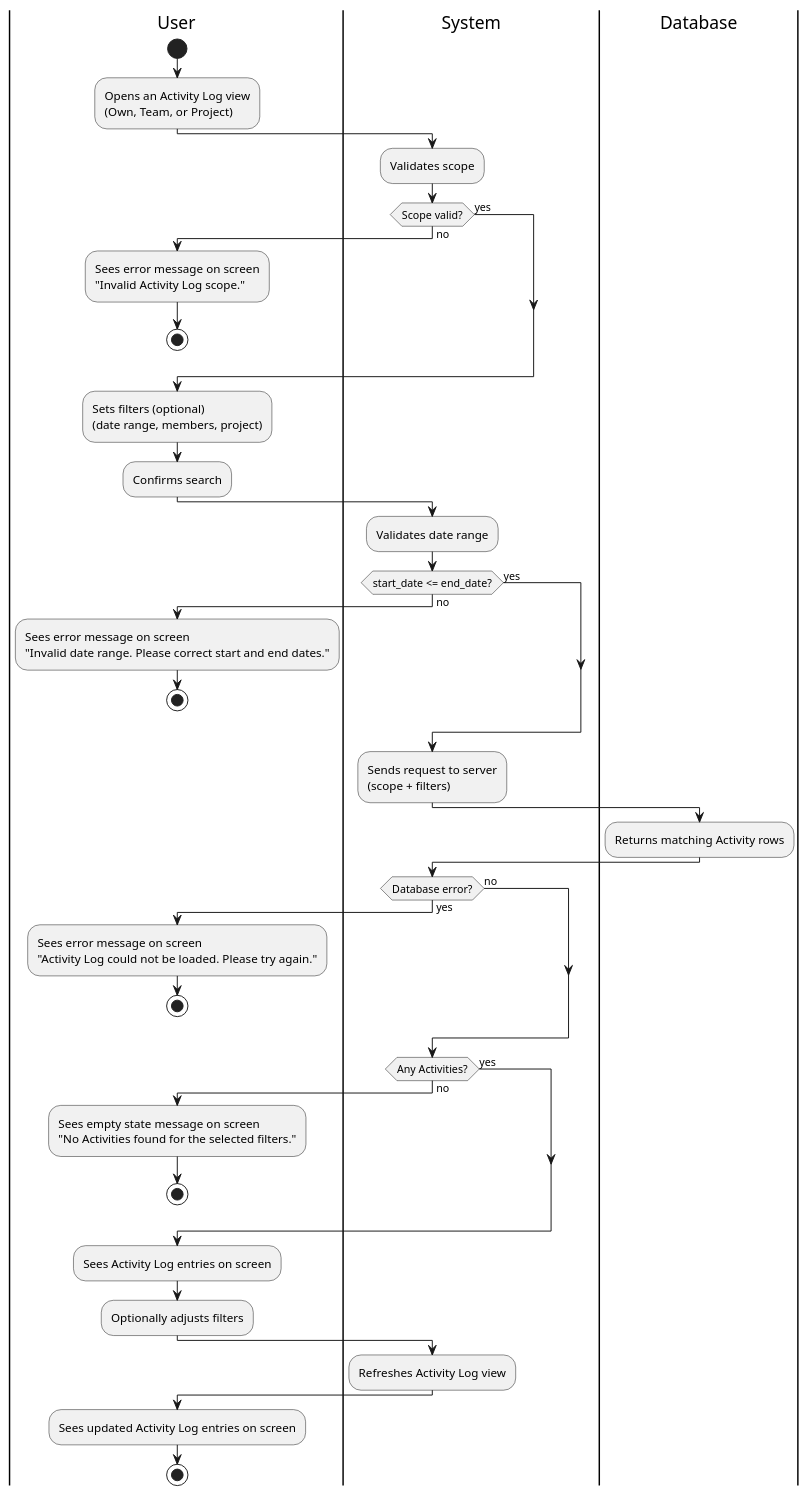
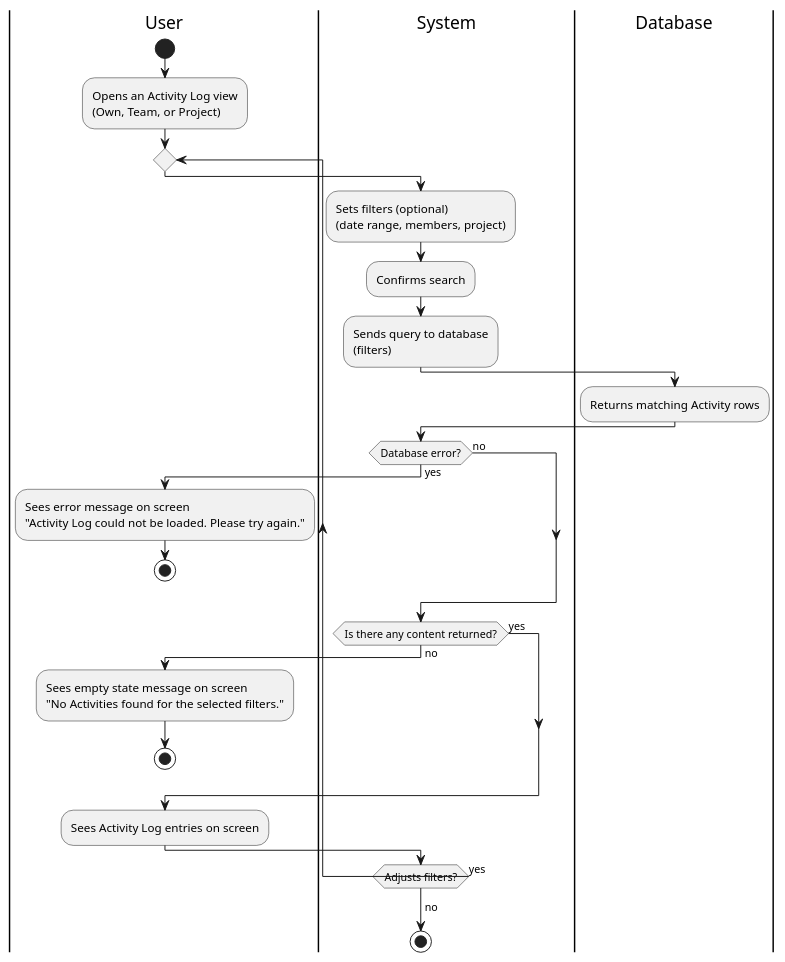
One commit to Berthou05/LimboSoftwareDevelopment_Change.org changed the diagram in documentation/activity_diagrams/AL-04-ActivityDiagram.puml. Above: the diagram before and after it, drawn with PlantUML. The commit also changed 8 other files, not shown here.

Commit message:
[CHORE] PlantUML diagrams code fixes and new ones

```diff
--- a/documentation/activity_diagrams/AL-04-ActivityDiagram.puml
+++ b/documentation/activity_diagrams/AL-04-ActivityDiagram.puml
@@ -1,61 +1,40 @@
 @startuml
 |User|
 start
 :Opens an Activity Log view\n(Own, Team, or Project);
 
-|System|
-:Validates scope;
-if (Scope valid?) is (no) then
+repeat
+  |System|
+  :Sets filters (optional)\n(date range, members, project);
+  :Confirms search;
+
+  |System|
+  :Sends query to database\n(filters);
+
+  |Database|
+  :Returns matching Activity rows;
+
+  |System|
+  if (Database error?) is (yes) then
+    |User|
+    :Sees error message on screen\n"Activity Log could not be loaded. Please try again.";
+    stop
+  else(no)
+  endif
+
+  |System|
+  if (Is there any content returned?) is (no) then
+    |User|
+    :Sees empty state message on screen\n"No Activities found for the selected filters.";
+    stop
+  else(yes)
+  endif
+
   |User|
-  :Sees error message on screen\n"Invalid Activity Log scope.";
+  :Sees Activity Log entries on screen;
+
+  |System|
+  repeat while (Adjusts filters?) is (yes)
+  ->no;
   stop
-else(yes)
-endif
-
-|User|
-:Sets filters (optional)\n(date range, members, project);
-:Confirms search;
-
-|System|
-:Validates date range;
-if (start_date <= end_date?) is (no) then
-  |User|
-  :Sees error message on screen\n"Invalid date range. Please correct start and end dates.";
-  stop
-else(yes)
-endif
-
-|System|
-:Sends request to server\n(scope + filters);
-
-|Database|
-:Returns matching Activity rows;
-
-|System|
-if (Database error?) is (yes) then
-  |User|
-  :Sees error message on screen\n"Activity Log could not be loaded. Please try again.";
-  stop
-else(no)
-endif
-
-|System|
-if (Any Activities?) is (no) then
-  |User|
-  :Sees empty state message on screen\n"No Activities found for the selected filters.";
-  stop
-else(yes)
-endif
-
-|User|
-:Sees Activity Log entries on screen;
-
-|User|
-:Optionally adjusts filters;
-
-|System|
-:Refreshes Activity Log view;
-|User|
-:Sees updated Activity Log entries on screen;
-stop
 @enduml
```
